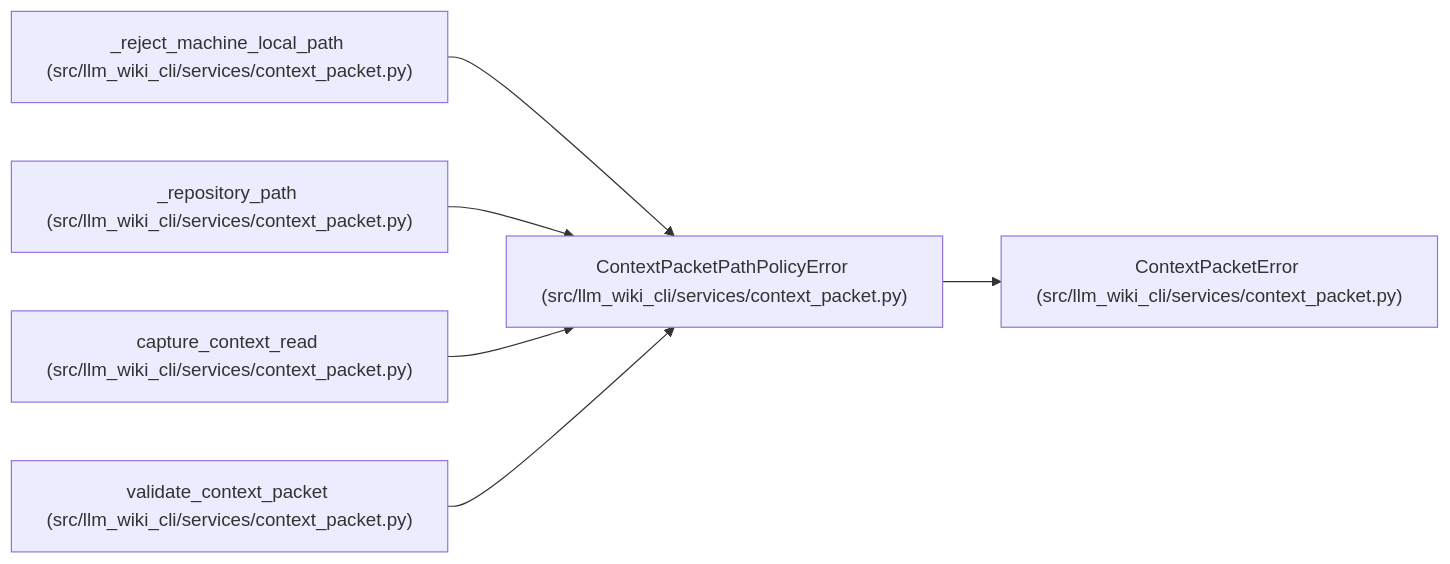
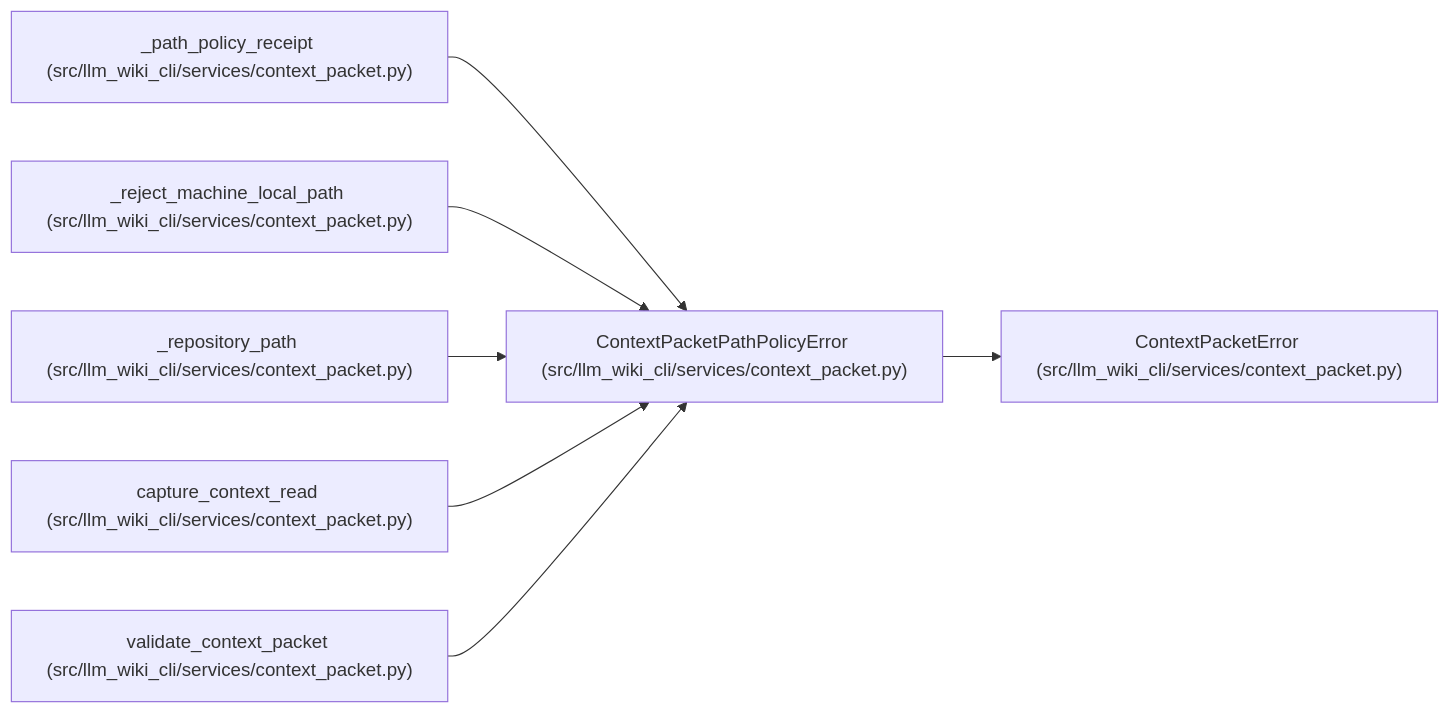
One commit to Denissvgn/python-wiki-llm changed the diagram in docs/llm_wiki/entities/ContextPacketPathPolicyError.md. Above: the diagram before and after it, drawn with Mermaid. The commit also changed other lines of this file and 398 other files, not shown here.

````diff
--- a/docs/llm_wiki/entities/ContextPacketPathPolicyError.md
+++ b/docs/llm_wiki/entities/ContextPacketPathPolicyError.md
@@ -25,20 +25,23 @@
 ```mermaid
 flowchart LR
     n0["ContextPacketPathPolicyError (src/llm_wiki_cli/services/context_packet.py)"]
     n1["ContextPacketError (src/llm_wiki_cli/services/context_packet.py)"]
-    n2["_reject_machine_local_path (src/llm_wiki_cli/services/context_packet.py)"]
-    n3["_repository_path (src/llm_wiki_cli/services/context_packet.py)"]
-    n4["capture_context_read (src/llm_wiki_cli/services/context_packet.py)"]
-    n5["validate_context_packet (src/llm_wiki_cli/services/context_packet.py)"]
+    n2["_path_policy_receipt (src/llm_wiki_cli/services/context_packet.py)"]
+    n3["_reject_machine_local_path (src/llm_wiki_cli/services/context_packet.py)"]
+    n4["_repository_path (src/llm_wiki_cli/services/context_packet.py)"]
+    n5["capture_context_read (src/llm_wiki_cli/services/context_packet.py)"]
+    n6["validate_context_packet (src/llm_wiki_cli/services/context_packet.py)"]
     n0 --> n1
     n2 --> n0
     n3 --> n0
     n4 --> n0
     n5 --> n0
+    n6 --> n0
     click n0 "../modules/context_packet.md"
     click n1 "../modules/context_packet.md"
     click n2 "../modules/context_packet.md"
     click n3 "../modules/context_packet.md"
     click n4 "../modules/context_packet.md"
     click n5 "../modules/context_packet.md"
+    click n6 "../modules/context_packet.md"
 ```
````
